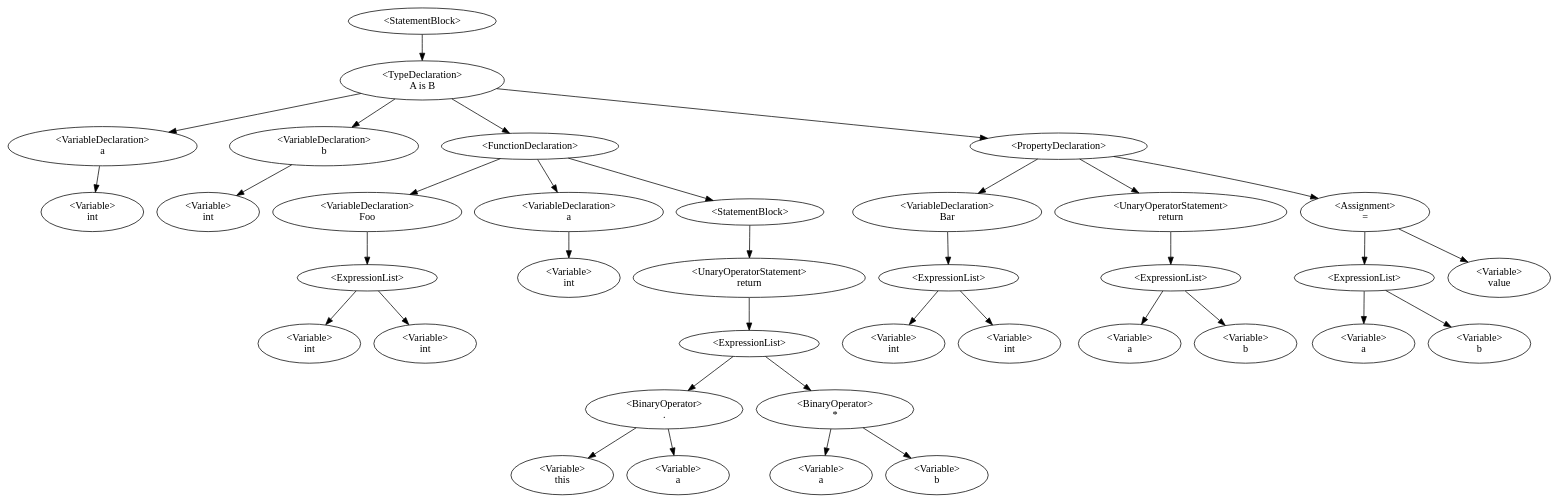
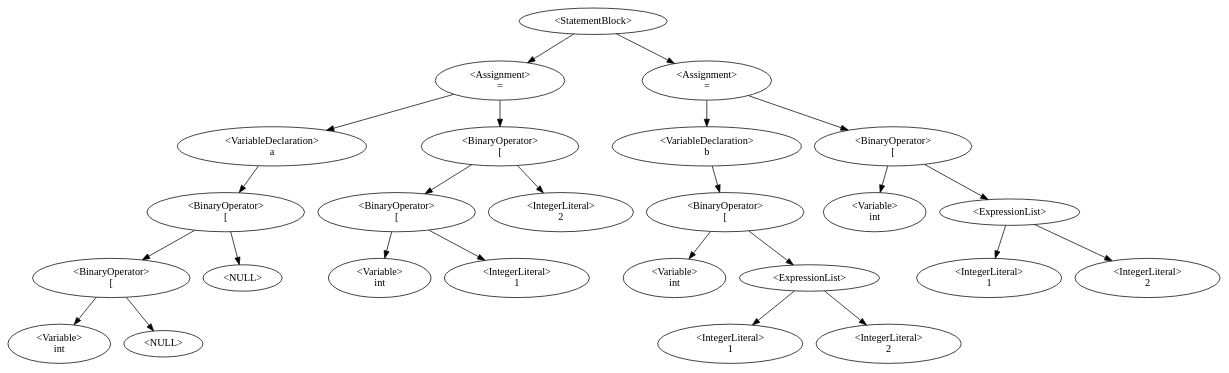
The diagram in Dino/Dino/AstDisplay.gv (QazmoQwerty/dino), drawn with Graphviz before and after one commit. The commit also changed 6 other files, not shown here.

```diff
--- a/Dino/Dino/AstDisplay.gv
+++ b/Dino/Dino/AstDisplay.gv
@@ -1,38 +1,25 @@
 digraph G {
-0 [label="<StatementBlock>"];0->1;
-1 [label="<TypeDeclaration>\nA is B"];1->3;1->5;1->10;1->26;
-3 [label="<VariableDeclaration>\na"];3->2;
-2 [label="<Variable>\nint"];
-5 [label="<VariableDeclaration>\nb"];5->4;
-4 [label="<Variable>\nint"];
-10 [label="<FunctionDeclaration>\n"];10->9;10->12;10->21;
-9 [label="<VariableDeclaration>\nFoo"];9->7;
-7 [label="<ExpressionList>"];7->6;7->8;
+0 [label="<StatementBlock>"];0->5;0->17;
+5 [label="<Assignment>\n="];5->4;5->9;
+4 [label="<VariableDeclaration>\na"];4->3;
+3 [label="<BinaryOperator>\n["];3->2;3->-1;-1 [label="<NULL>"];
+2 [label="<BinaryOperator>\n["];2->1;2->-2;-2 [label="<NULL>"];
+1 [label="<Variable>\nint"];
+9 [label="<BinaryOperator>\n["];9->7;9->10;
+7 [label="<BinaryOperator>\n["];7->6;7->8;
 6 [label="<Variable>\nint"];
-8 [label="<Variable>\nint"];
-12 [label="<VariableDeclaration>\na"];12->11;
+8 [label="<IntegerLiteral>\n1"];
+10 [label="<IntegerLiteral>\n2"];
+17 [label="<Assignment>\n="];17->16;17->19;
+16 [label="<VariableDeclaration>\nb"];16->12;
+12 [label="<BinaryOperator>\n["];12->11;12->14;
 11 [label="<Variable>\nint"];
-21 [label="<StatementBlock>"];21->13;
-13 [label="<UnaryOperatorStatement>\nreturn"];13->17;
-17 [label="<ExpressionList>"];17->15;17->19;
-15 [label="<BinaryOperator>\n."];15->14;15->16;
-14 [label="<Variable>\nthis"];
-16 [label="<Variable>\na"];
-19 [label="<BinaryOperator>\n*"];19->18;19->20;
-18 [label="<Variable>\na"];
-20 [label="<Variable>\nb"];
-26 [label="<PropertyDeclaration>"];26->25;26->27;26->34;
-25 [label="<VariableDeclaration>\nBar"];25->23;
-23 [label="<ExpressionList>"];23->22;23->24;
-22 [label="<Variable>\nint"];
-24 [label="<Variable>\nint"];
-27 [label="<UnaryOperatorStatement>\nreturn"];27->29;
-29 [label="<ExpressionList>"];29->28;29->30;
-28 [label="<Variable>\na"];
-30 [label="<Variable>\nb"];
-34 [label="<Assignment>\n="];34->32;34->35;
-32 [label="<ExpressionList>"];32->31;32->33;
-31 [label="<Variable>\na"];
-33 [label="<Variable>\nb"];
-35 [label="<Variable>\nvalue"];
+14 [label="<ExpressionList>"];14->13;14->15;
+13 [label="<IntegerLiteral>\n1"];
+15 [label="<IntegerLiteral>\n2"];
+19 [label="<BinaryOperator>\n["];19->18;19->21;
+18 [label="<Variable>\nint"];
+21 [label="<ExpressionList>"];21->20;21->22;
+20 [label="<IntegerLiteral>\n1"];
+22 [label="<IntegerLiteral>\n2"];
 }
```
